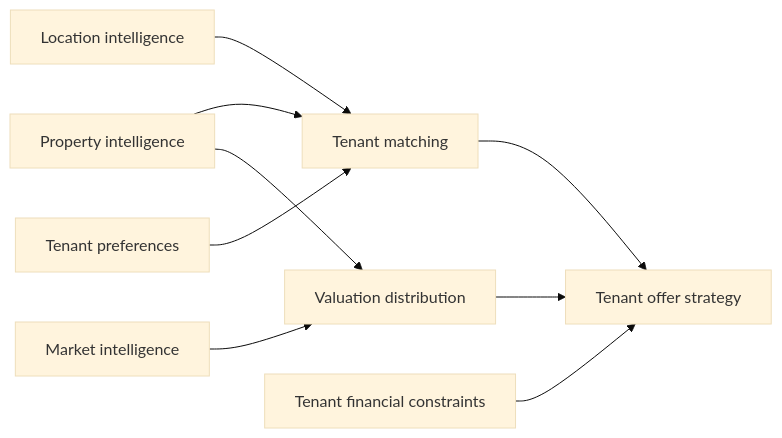
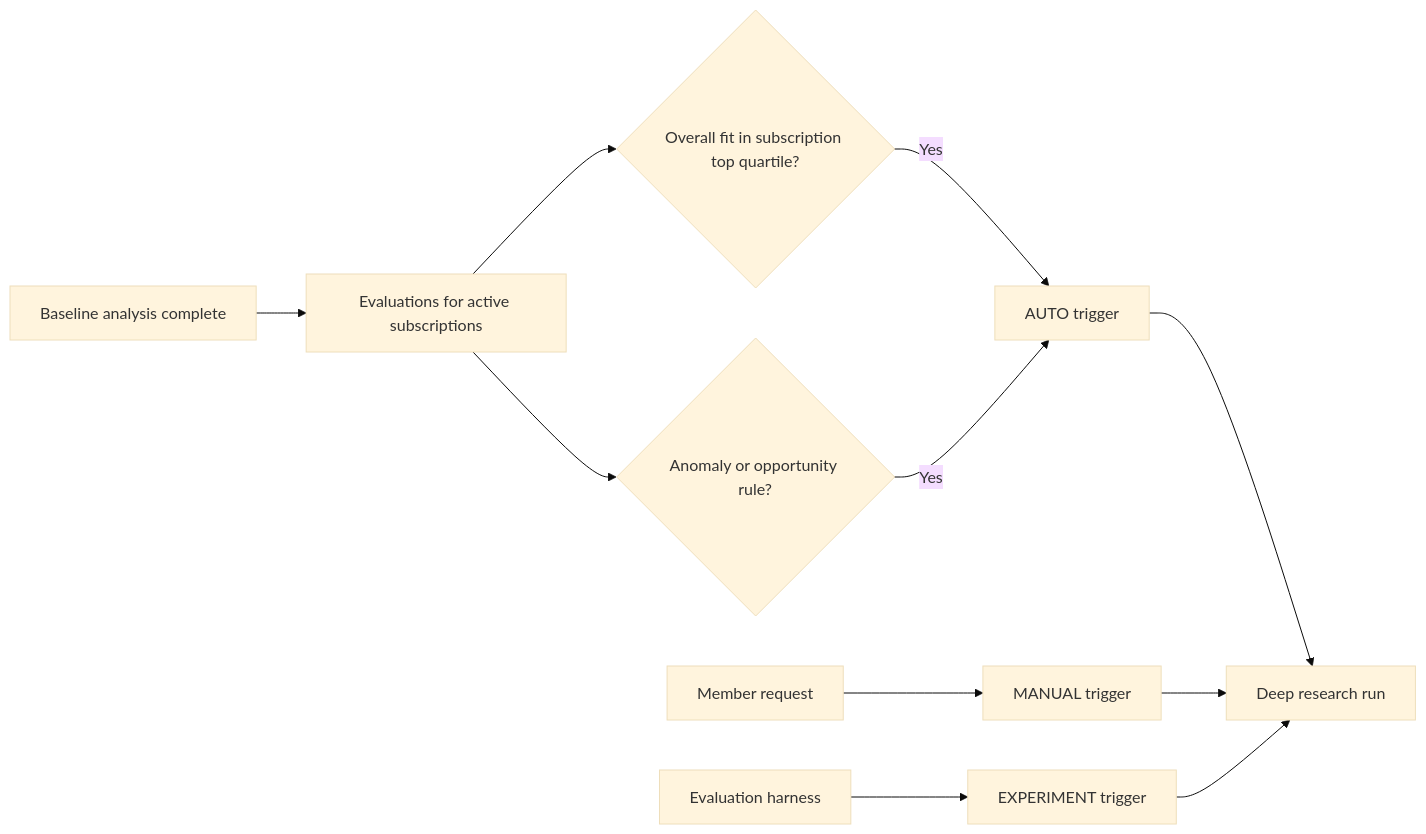
One commit to robsgreen/property-focus changed diagram 15 of 29 in specs/property-focus/master-plan.md. Above: the diagram before and after it, drawn with Mermaid (base theme). The commit also changed other lines of this file, not shown here.

First line of the commit message:
Align Property Focus master plan with the decision register

````diff
--- a/specs/property-focus/master-plan.md
+++ b/specs/property-focus/master-plan.md
@@ -215,11 +325,13 @@
 ```mermaid
 flowchart LR
-    Property[Property intelligence] --> Match[Tenant matching]
-    Location[Location intelligence] --> Match
-    Market[Market intelligence] --> Valuation[Valuation distribution]
-    Property --> Valuation
-    Preferences[Tenant preferences] --> Match
-    Match --> Strategy[Tenant offer strategy]
-    Valuation --> Strategy
-    Constraints[Tenant financial constraints] --> Strategy
+    Base[Baseline analysis complete] --> Eval[Evaluations for active subscriptions]
+    Eval --> Rank{Overall fit in subscription top quartile?}
+    Eval --> Anom{Anomaly or opportunity rule?}
+    User[Member request] --> Manual[MANUAL trigger]
+    Harness[Evaluation harness] --> Exp[EXPERIMENT trigger]
+    Rank -->|Yes| Auto[AUTO trigger]
+    Anom -->|Yes| Auto
+    Auto --> Deep[Deep research run]
+    Manual --> Deep
+    Exp --> Deep
 ```
````
